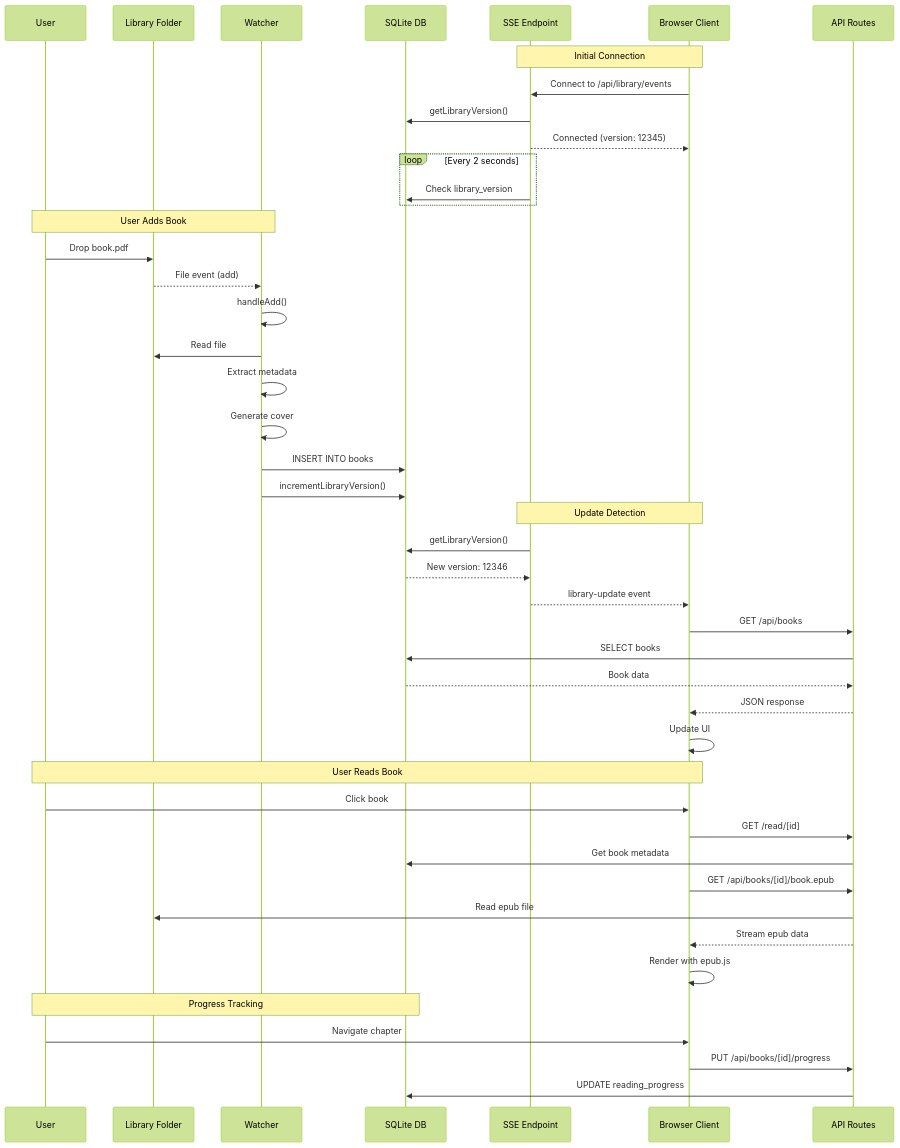
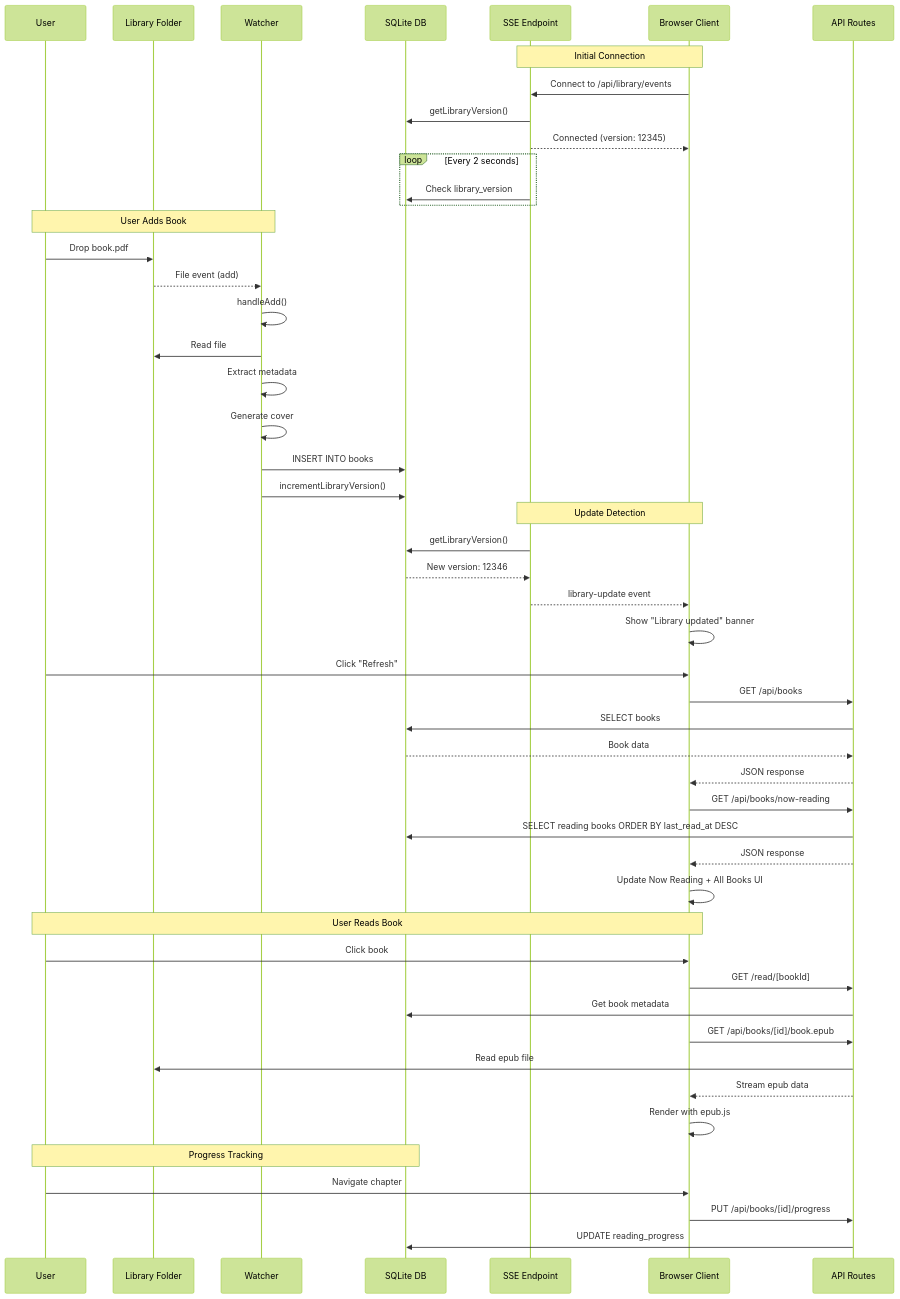
The first of 9 diagrams in docs/design/sequence-diagrams.md (jamesacklin/alex), drawn with Mermaid (forest theme) before and after one commit. The commit also changed other lines of this file and 3 other files, not shown here.

Commit message:
Update docs for now-reading and EPUB reader changes

````diff
--- a/docs/design/sequence-diagrams.md
+++ b/docs/design/sequence-diagrams.md
@@ -9,53 +9,58 @@
 ```mermaid
 sequenceDiagram
     participant User
     participant LibFolder as Library Folder
     participant Watcher
     participant DB as SQLite DB
     participant SSE as SSE Endpoint
     participant Client as Browser Client
     participant API as API Routes
 
     Note over Client,SSE: Initial Connection
     Client->>SSE: Connect to /api/library/events
     SSE->>DB: getLibraryVersion()
     SSE-->>Client: Connected (version: 12345)
 
     loop Every 2 seconds
         SSE->>DB: Check library_version
     end
 
     Note over User,Watcher: User Adds Book
     User->>LibFolder: Drop book.pdf
     LibFolder-->>Watcher: File event (add)
     Watcher->>Watcher: handleAdd()
     Watcher->>LibFolder: Read file
     Watcher->>Watcher: Extract metadata
     Watcher->>Watcher: Generate cover
     Watcher->>DB: INSERT INTO books
     Watcher->>DB: incrementLibraryVersion()
 
     Note over SSE,Client: Update Detection
     SSE->>DB: getLibraryVersion()
     DB-->>SSE: New version: 12346
     SSE-->>Client: library-update event
+    Client->>Client: Show "Library updated" banner
+    User->>Client: Click "Refresh"
     Client->>API: GET /api/books
     API->>DB: SELECT books
     DB-->>API: Book data
     API-->>Client: JSON response
-    Client->>Client: Update UI
+    Client->>API: GET /api/books/now-reading
+    API->>DB: SELECT reading books ORDER BY last_read_at DESC
+    API-->>Client: JSON response
+    Client->>Client: Update Now Reading + All Books UI
 
     Note over User,Client: User Reads Book
     User->>Client: Click book
-    Client->>API: GET /read/[id]
+    Client->>API: GET /read/[bookId]
     API->>DB: Get book metadata
     Client->>API: GET /api/books/[id]/book.epub
     API->>LibFolder: Read epub file
     API-->>Client: Stream epub data
     Client->>Client: Render with epub.js
 
     Note over User,DB: Progress Tracking
     User->>Client: Navigate chapter
     Client->>API: PUT /api/books/[id]/progress
     API->>DB: UPDATE reading_progress
 ```
````
